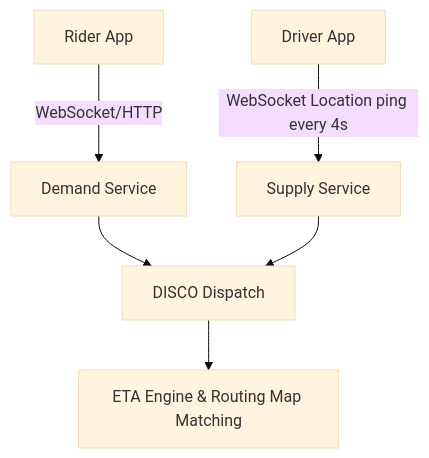
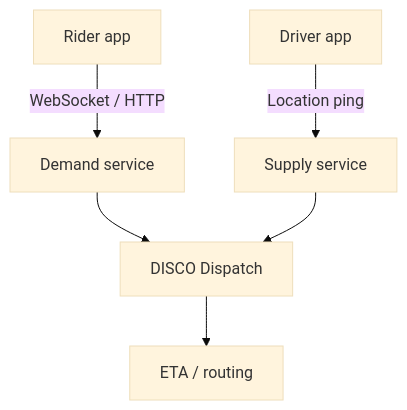
The second of 11 diagrams in blog/astro/src/content/docs/uber-architecture.md (Chandra179/atlas), drawn with Mermaid (base theme) before and after one commit. The commit also changed other lines of this file and 6 other files, not shown here.

````diff
--- a/blog/astro/src/content/docs/uber-architecture.md
+++ b/blog/astro/src/content/docs/uber-architecture.md
@@ -50,8 +50,8 @@
 ```mermaid
 graph TB
-    RA[Rider App] -->|WebSocket/HTTP| DS[Demand Service]
-    DA[Driver App] -->|WebSocket Location ping every 4s| SS[Supply Service]
+    RA[Rider app] -->|WebSocket / HTTP| DS[Demand service]
+    DA[Driver app] -->|Location ping| SS[Supply service]
     DS --> DISCO[DISCO Dispatch]
     SS --> DISCO
-    DISCO --> ETA[ETA Engine & Routing Map Matching]
+    DISCO --> ETA[ETA / routing]
 ```
````
